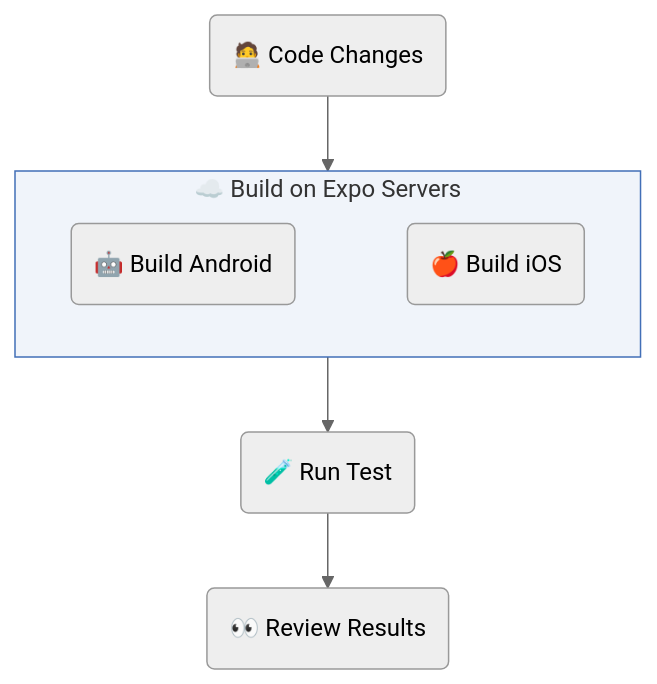
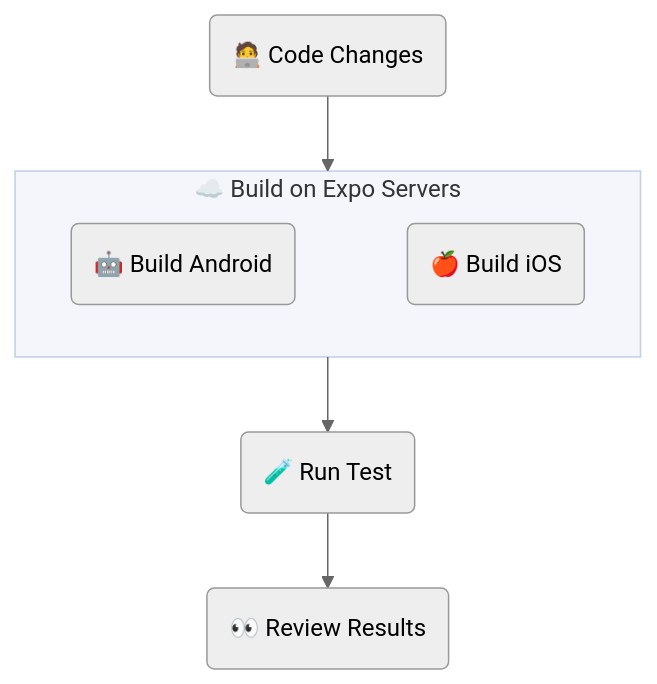
The diagram in examples/eas-cloud-build/README.md (sherlo-io/sherlo), drawn with Mermaid (neutral theme) before and after one commit.

Commit message:
no message

````diff
--- a/examples/eas-cloud-build/README.md
+++ b/examples/eas-cloud-build/README.md
@@ -14,16 +14,16 @@
 ```mermaid
 flowchart TB
    UI(🧑‍💻 Code Changes)
    subgraph Build[☁️ Build on Expo Servers]
       Android(🤖 Build Android)
       iOS(🍎 Build iOS)
       Android ~~~ iOS
-      style Build fill:#426FB714,stroke:#426FB7
+      style Build fill:#426FB70F,stroke:#426FB750
    end
    Test(🧪 Run Test)
    Review(👀 Review Results)
 
    UI --> Build
    Build --> Test
    Test --> Review
 ```
````
